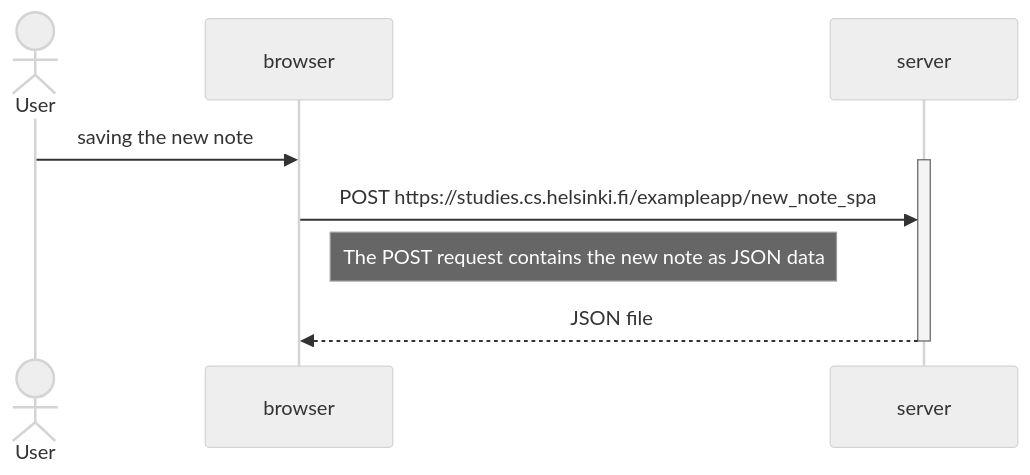
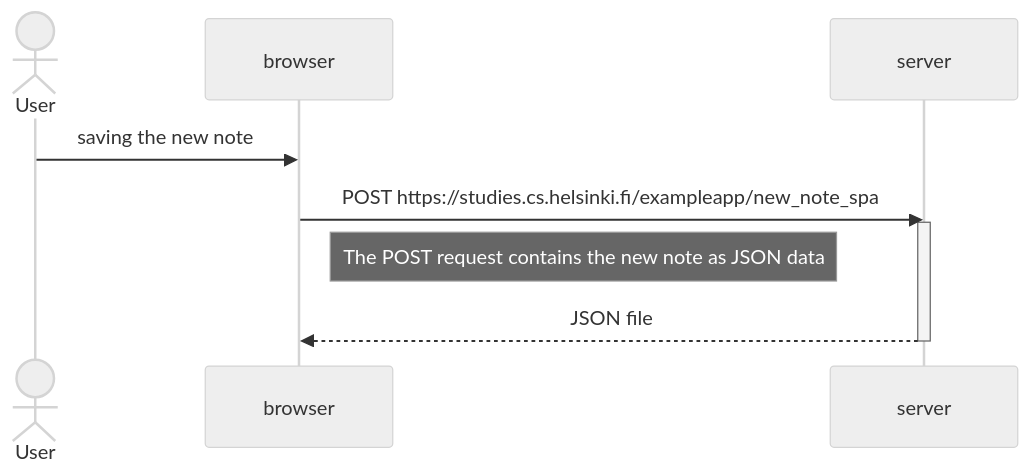
The third of 3 diagrams in README.md (lumuellelumelay/full_stack_open), drawn with Mermaid (neutral theme) before and after one commit. The commit also changed other lines of this file, not shown here.

````diff
--- a/README.md
+++ b/README.md
@@ -66,17 +66,17 @@
 ```mermaid
 sequenceDiagram
     actor User
     participant browser
     participant server
 
     User->>browser: saving the new note
 
+    browser->>server: POST https://studies.cs.helsinki.fi/exampleapp/new_note_spa
     activate server
-    browser->>server: POST https://studies.cs.helsinki.fi/exampleapp/new_note_spa
 
     Note right of browser: The POST request contains the new note as JSON data
 
     server-->>browser: JSON file
     deactivate server
     
 ```
````
